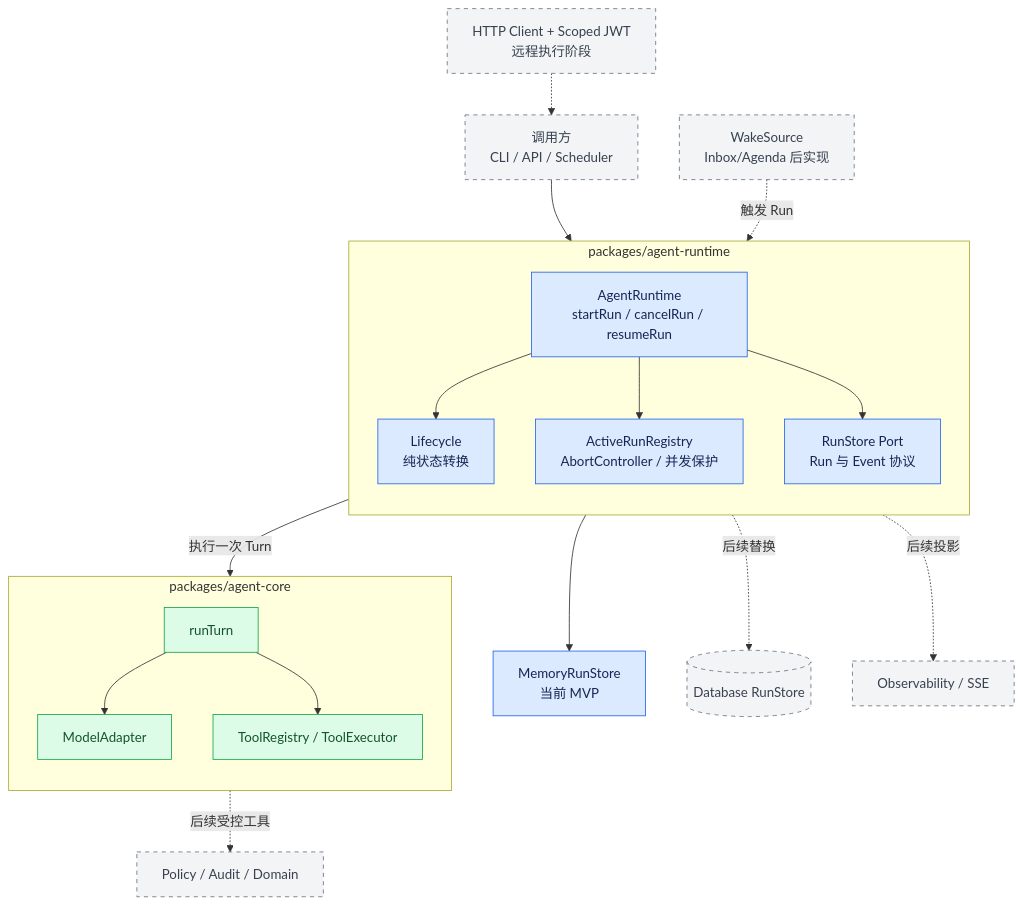
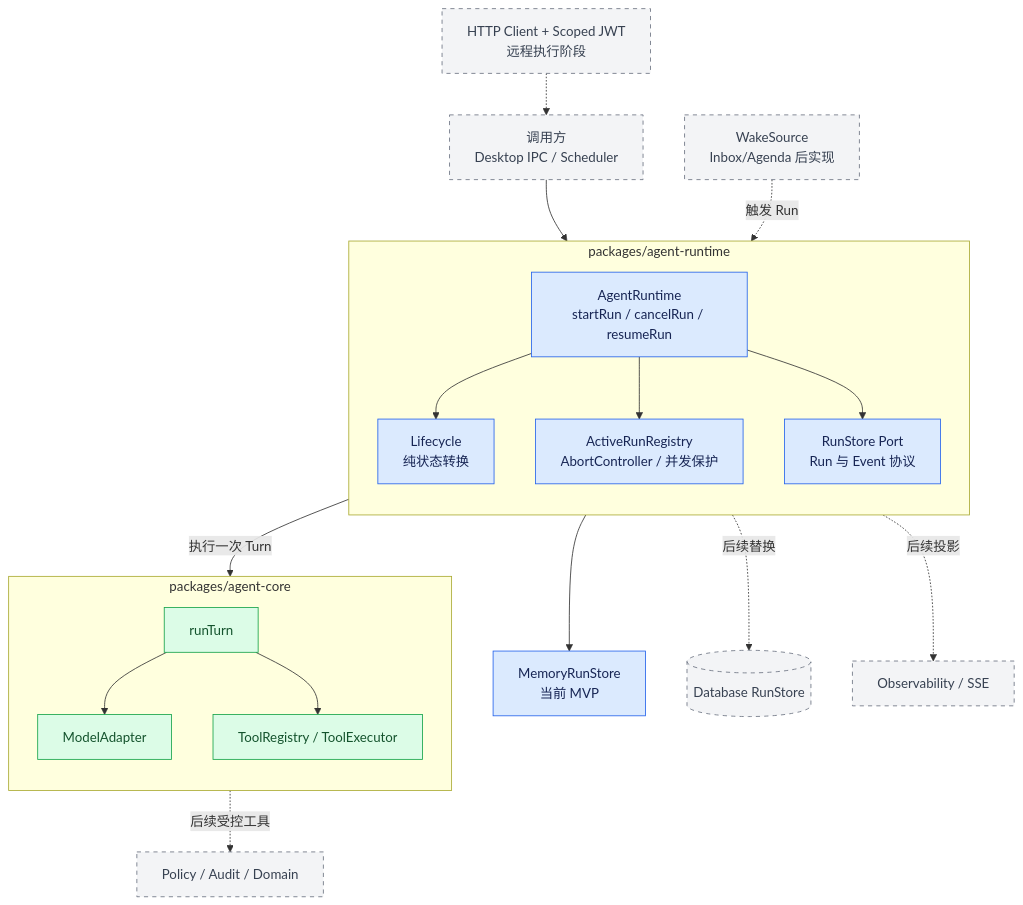
Before and after one commit to ShawnDen-coder/fastmpa: the first of 4 diagrams in docs/AGENT_RUNTIME_PLAN.md, drawn with Mermaid. The commit also changed 36 other files, not shown here.

````diff
--- a/docs/AGENT_RUNTIME_PLAN.md
+++ b/docs/AGENT_RUNTIME_PLAN.md
@@ -29,39 +29,39 @@
 ```mermaid
 flowchart TB
-    Caller["调用方<br/>CLI / API / Scheduler"] --> Runtime
+    Caller["调用方<br/>Desktop IPC / Scheduler"] --> Runtime
 
     subgraph RuntimePackage["packages/agent-runtime"]
         direction TB
         Runtime["AgentRuntime<br/>startRun / cancelRun / resumeRun"]
         Lifecycle["Lifecycle<br/>纯状态转换"]
         Active["ActiveRunRegistry<br/>AbortController / 并发保护"]
         StorePort["RunStore Port<br/>Run 与 Event 协议"]
         Runtime --> Lifecycle
         Runtime --> Active
         Runtime --> StorePort
     end
 
     subgraph CorePackage["packages/agent-core"]
         direction TB
         Turn["runTurn"]
         Model["ModelAdapter"]
         Tools["ToolRegistry / ToolExecutor"]
         Turn --> Model
         Turn --> Tools
     end
 
     Runtime -->|执行一次 Turn| Turn
     StorePort --> Memory["MemoryRunStore<br/>当前 MVP"]
     StorePort -.->|后续替换| Database[("Database RunStore")]
     StorePort -.->|后续投影| Observability["Observability / SSE"]
     Wake["WakeSource<br/>Inbox/Agenda 后实现"] -.->|触发 Run| Runtime
     Remote["HTTP Client + Scoped JWT<br/>远程执行阶段"] -.-> Caller
     Tools -.->|后续受控工具| Domain["Policy / Audit / Domain"]
 
     classDef current fill:#dbeafe,stroke:#2563eb,color:#172554
     classDef core fill:#dcfce7,stroke:#16a34a,color:#14532d
     classDef future fill:#f3f4f6,stroke:#6b7280,color:#374151,stroke-dasharray:5 5
     class Runtime,Lifecycle,Active,StorePort,Memory current
     class Turn,Model,Tools core
     class Caller,Database,Observability,Wake,Remote,Domain future
 ```
````
